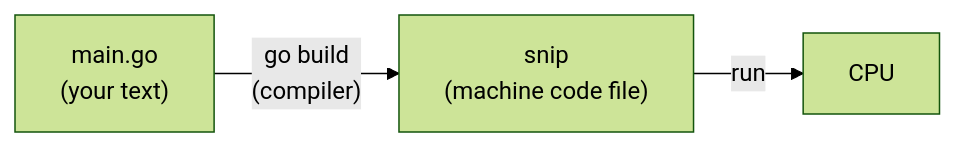
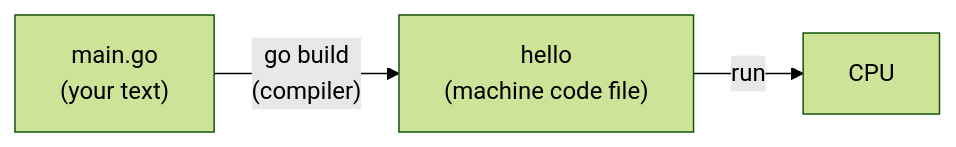
The diagram in docs/go/why-go-first-program.mdx (jawwadzafar/zero-to-prod), drawn with Mermaid (forest theme) before and after one commit. The commit also changed 1 other file, not shown here.

Commit message:
docs: 4.2 teaches structs, tags, sentinel errors and wrapping on standalone examples first; snip's link.go is now the closing 'Apply it to snip' section. 4.1 diagram names the built file hello, not snip

````diff
--- a/docs/go/why-go-first-program.mdx
+++ b/docs/go/why-go-first-program.mdx
@@ -50,4 +50,4 @@
 ```mermaid
 flowchart LR
-    S["main.go<br/>(your text)"] -->|"go build<br/>(compiler)"| B["snip<br/>(machine code file)"] -->|"run"| C["CPU"]
+    S["main.go<br/>(your text)"] -->|"go build<br/>(compiler)"| B["hello<br/>(machine code file)"] -->|"run"| C["CPU"]
 ```
````
